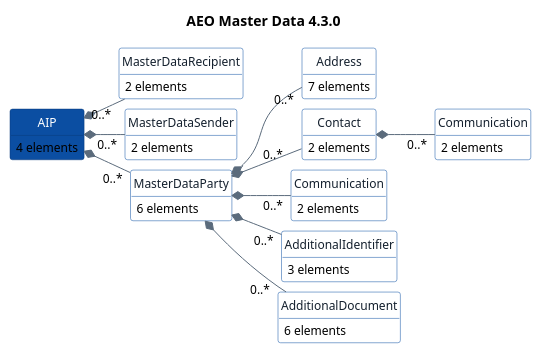
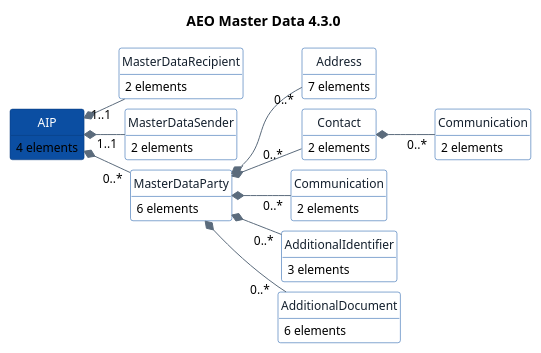
One commit to onthebreeze/wco-dm changed the diagram in diagrams/v4.3.0-additional-aeo-master-data.puml. Above: the diagram before and after it, drawn with PlantUML. The commit also changed 202 other files, not shown here.

First line of the commit message:
Generate the WCO XML schemas, and take their cardinality as normative

```diff
--- a/diagrams/v4.3.0-additional-aeo-master-data.puml
+++ b/diagrams/v4.3.0-additional-aeo-master-data.puml
@@ -1,67 +1,67 @@
 @startuml
 hide circle
 hide empty members
 hide stereotype
 skinparam shadowing false
 skinparam defaultFontName Helvetica
 skinparam defaultFontSize 12
 skinparam nodesep 10
 skinparam ranksep 35
 skinparam packageStyle rectangle
 skinparam class {
   BackgroundColor #FFFFFF
   BorderColor #0B4EA2
   ArrowColor #5B6B7C
   FontColor #14202E
 }
 skinparam class<<root>> {
   BackgroundColor #0B4EA2
   FontColor #FFFFFF
   BorderColor #083A7A
 }
 skinparam class<<more>> {
   BackgroundColor #F6F9FC
   BorderColor #9FB3C8
 }
 left to right direction
 title AEO Master Data 4.3.0
 class "AIP" as C0 <<root>> {
   4 elements
 }
 class "MasterDataRecipient" as C1 {
   2 elements
 }
 class "MasterDataSender" as C2 {
   2 elements
 }
 class "MasterDataParty" as C3 {
   6 elements
 }
 class "Address" as C4 {
   7 elements
 }
 class "Contact" as C5 {
   2 elements
 }
 class "Communication" as C6 {
   2 elements
 }
 class "AdditionalIdentifier" as C7 {
   3 elements
 }
 class "AdditionalDocument" as C8 {
   6 elements
 }
 class "Communication" as C9 {
   2 elements
 }
-C0 *-- "0..*" C1
-C0 *-- "0..*" C2
+C0 *-- "1..1" C1
+C0 *-- "1..1" C2
 C0 *-- "0..*" C3
 C3 *-- "0..*" C4
 C3 *-- "0..*" C5
 C3 *-- "0..*" C6
 C3 *-- "0..*" C7
 C3 *-- "0..*" C8
 C5 *-- "0..*" C9
 @enduml
```
